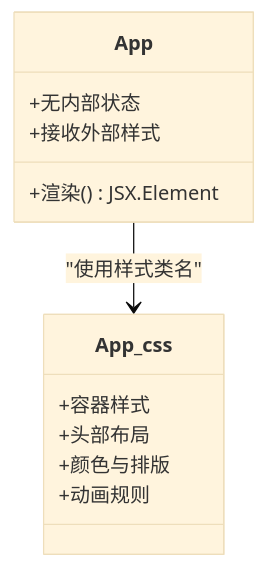
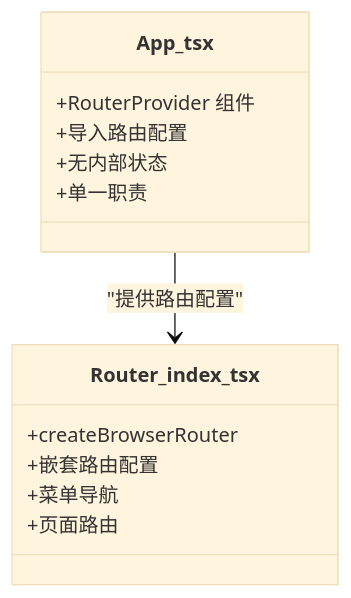
Before and after one commit to kkxxll/reactNext: the third of 7 diagrams in .qoder/repowiki/zh/content/核心组件/核心组件.md, drawn with Mermaid (base theme). The commit also changed other lines of this file and 12 other files, not shown here.

````diff
--- a/.qoder/repowiki/zh/content/核心组件/核心组件.md
+++ b/.qoder/repowiki/zh/content/核心组件/核心组件.md
@@ -128,15 +158,16 @@
 ```mermaid
 classDiagram
-class App {
-+渲染() JSX.Element
+class App_tsx {
++RouterProvider 组件
++导入路由配置
 +无内部状态
-+接收外部样式
++单一职责
 }
-class App_css {
-+容器样式
-+头部布局
-+颜色与排版
-+动画规则
+class Router_index_tsx {
++createBrowserRouter
++嵌套路由配置
++菜单导航
++页面路由
 }
-App --> App_css : "使用样式类名"
+App_tsx --> Router_index_tsx : "提供路由配置"
 ```
````
